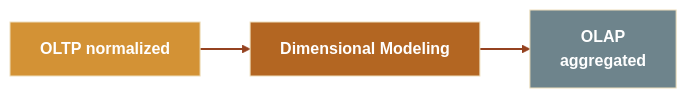
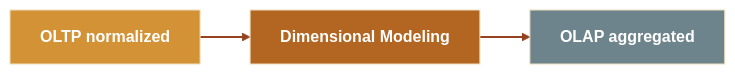
One commit to ninoCan/talk-operation-data-engineer changed the diagram in slides/10-section-a-the-data-journey.md. Above: the diagram before and after it, drawn with Mermaid (base theme). The commit also changed 3 other files, not shown here.

````diff
--- a/slides/10-section-a-the-data-journey.md
+++ b/slides/10-section-a-the-data-journey.md
@@ -8,9 +8,9 @@
 ```mermaid
 flowchart LR
     A["OLTP normalized"] --> B["Dimensional Modeling"]
-    B --> C["OLAP\naggregated"]
+    B --> C["OLAP aggregated"]
     style A fill:#d39235,color:#fff,font-weight:bold
     style B fill:#b36622,color:#fff,font-weight:bold
     style C fill:#6e848c,color:#fff,font-weight:bold
     linkStyle 0,1 stroke:#954220,stroke-width:2px
 ```
````
